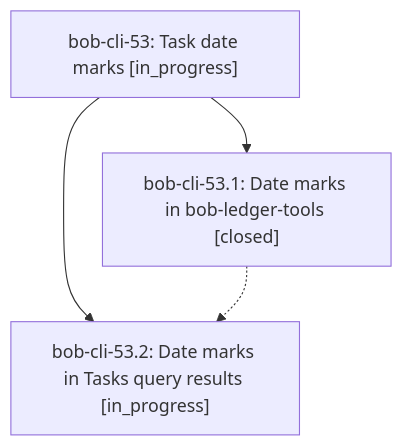
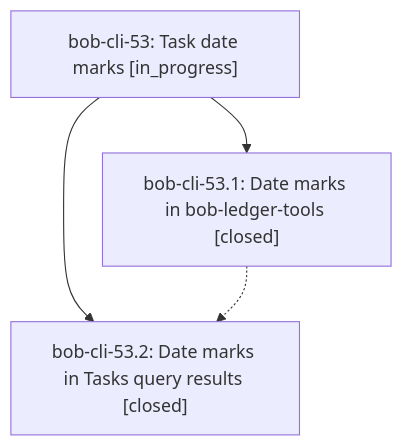
One commit to bobs-org/bob-cli--beads changed the diagram in pages/bob-cli-53/README.md. Above: the diagram before and after it, drawn with Mermaid. The commit also changed other lines of this file and 2 other files, not shown here.

First line of the commit message:
chore(beads): sync bead state and pages for bob-cli-53

````diff
--- a/pages/bob-cli-53/README.md
+++ b/pages/bob-cli-53/README.md
@@ -23,9 +23,9 @@
 ```mermaid
 flowchart TD
     n0["bob-cli-53: Task date marks [in_progress]"]
     n1["bob-cli-53.1: Date marks in bob-ledger-tools [closed]"]
-    n2["bob-cli-53.2: Date marks in Tasks query results [in_progress]"]
+    n2["bob-cli-53.2: Date marks in Tasks query results [closed]"]
     n0 --> n1
     n0 --> n2
     n1 -.-> n2
 ```
````
